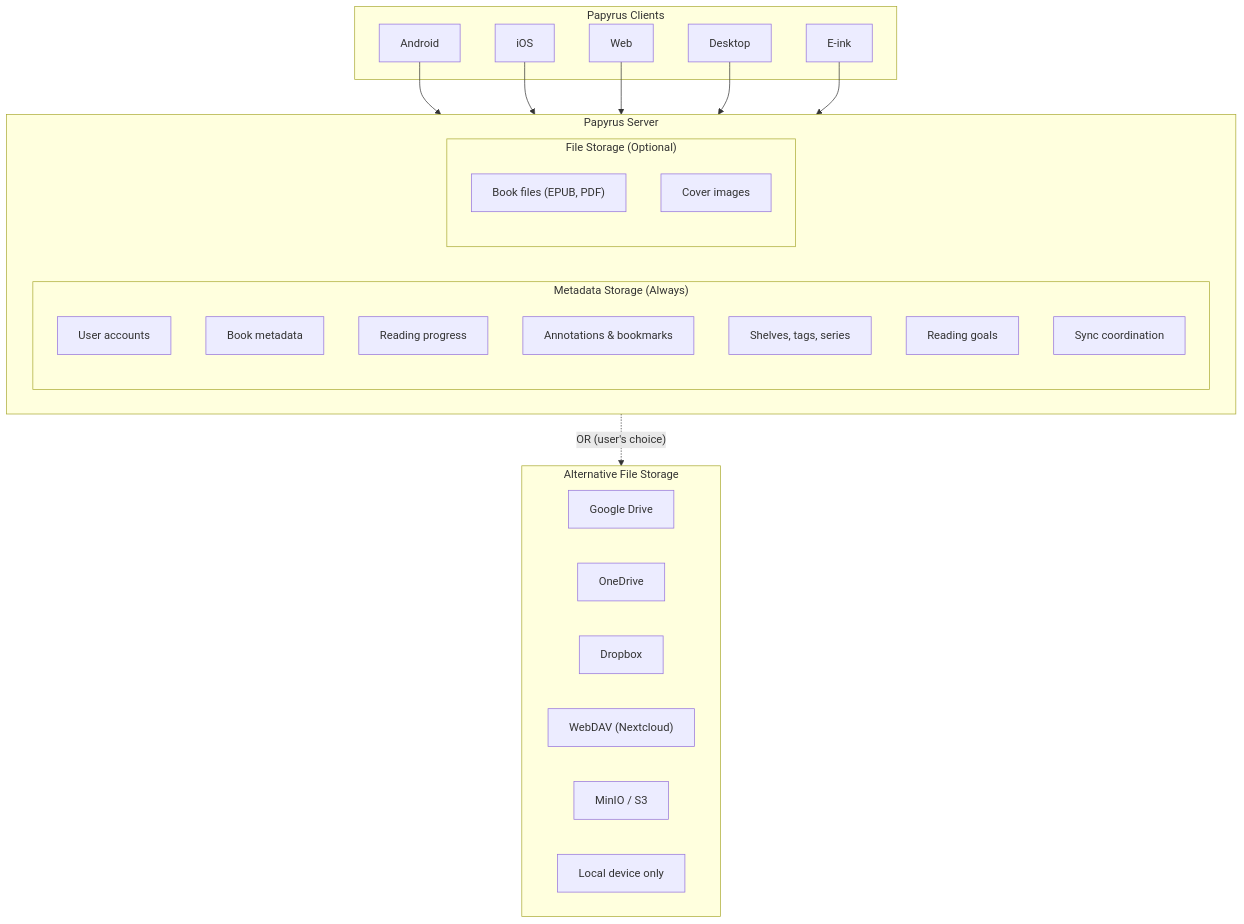
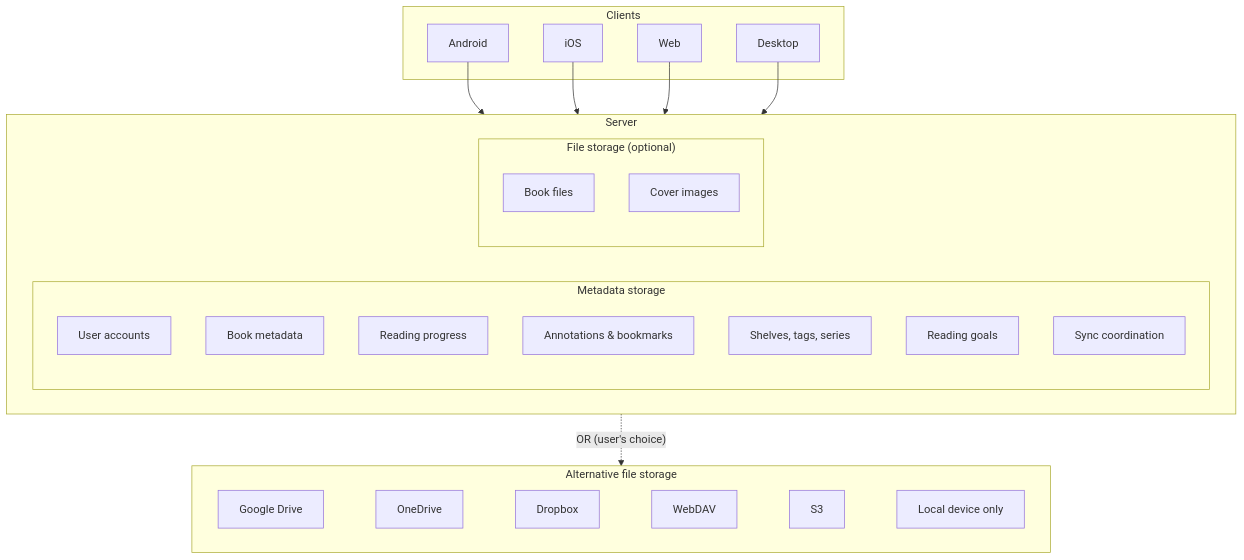
One commit to PapyrusReader/docs changed the diagram in design/server-architecture.rst. Above: the diagram before and after it, drawn with Mermaid. The commit also changed other lines of this file and 11 other files, not shown here.

```diff
--- a/design/server-architecture.rst
+++ b/design/server-architecture.rst
@@ -14,43 +11,48 @@
 .. mermaid::
 
    flowchart TB
-       subgraph Clients["Papyrus Clients"]
+       subgraph Clients["Clients"]
            Android["Android"]
            iOS["iOS"]
            Web["Web"]
            Desktop["Desktop"]
-           Eink["E-ink"]
        end
 
-       subgraph Server["Papyrus Server"]
-           subgraph Metadata["Metadata Storage (Always)"]
+       subgraph Server["Server"]
+           subgraph Metadata["Metadata storage"]
                M1["User accounts"]
                M2["Book metadata"]
                M3["Reading progress"]
                M4["Annotations & bookmarks"]
                M5["Shelves, tags, series"]
                M6["Reading goals"]
                M7["Sync coordination"]
            end
-           subgraph FileStorage["File Storage (Optional)"]
-               F1["Book files (EPUB, PDF)"]
+
+           subgraph FileStorage["File storage (optional)"]
+               F1["Book files"]
                F2["Cover images"]
            end
        end
 
-       subgraph AltStorage["Alternative File Storage"]
+       subgraph AltStorage["Alternative file storage"]
+           direction LR
            G["Google Drive"]
            O["OneDrive"]
            D["Dropbox"]
-           W["WebDAV (Nextcloud)"]
-           S3["MinIO / S3"]
+           W["WebDAV"]
+           S3["S3"]
            L["Local device only"]
+           G --- O
+           O --- D
+           D --- W
+           W --- S3
+           S3 --- L
        end
 
        Android --> Server
        iOS --> Server
        Web --> Server
        Desktop --> Server
-       Eink --> Server
-
        Server -.->|"OR (user's choice)"| AltStorage
+       linkStyle 0,1,2,3,4 stroke:transparent,stroke-width:0px;
```
